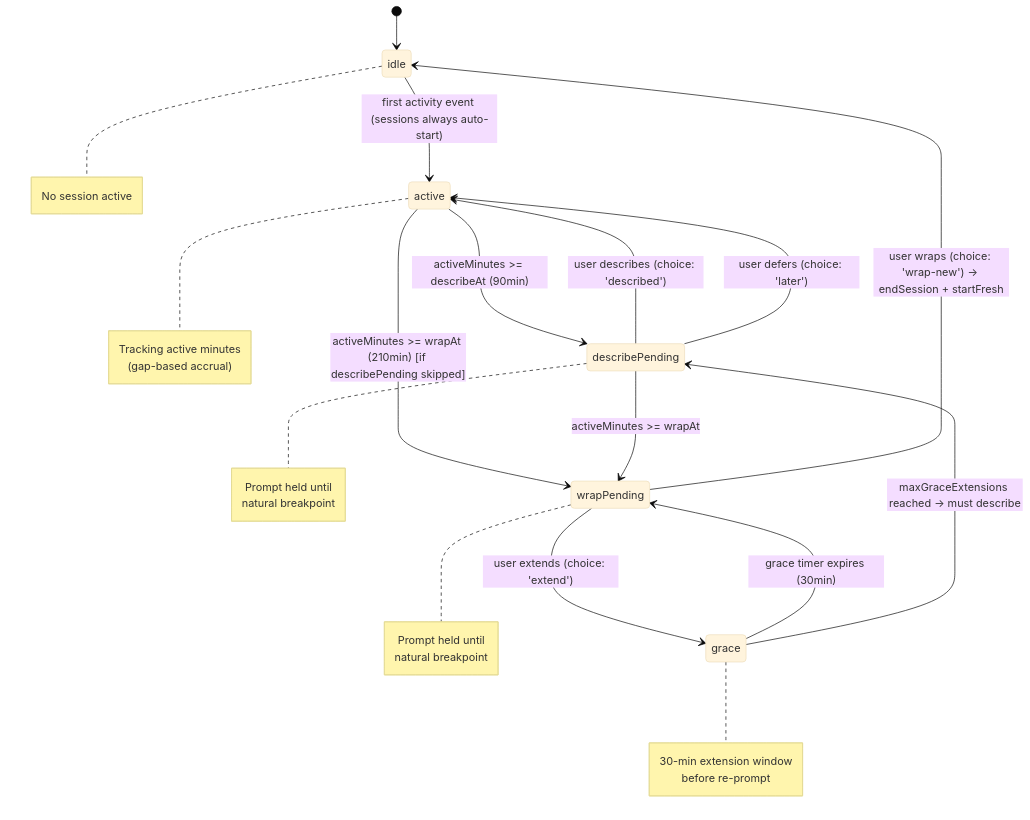
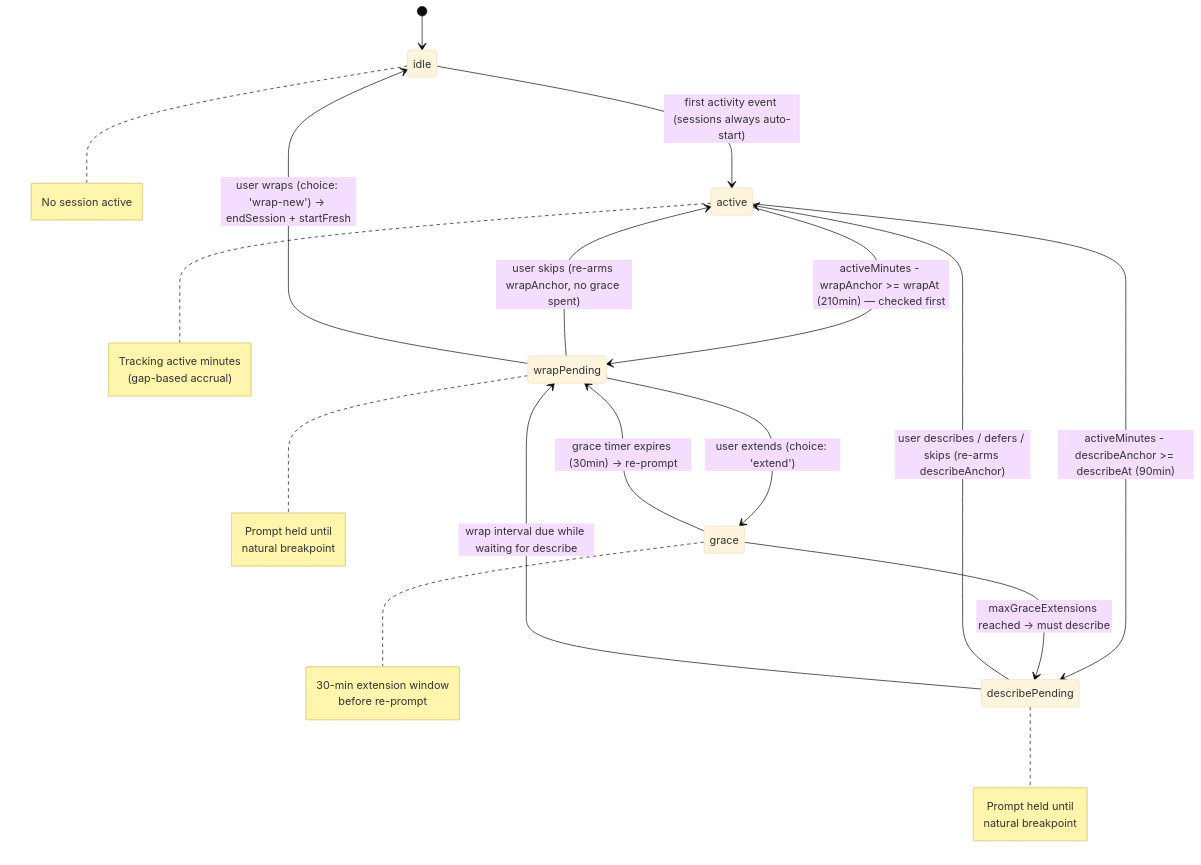
Before and after one commit to lawaty/lalog: the third of 7 diagrams in docs/architecture.md, drawn with Mermaid (base theme). The commit also changed other lines of this file and 10 other files, not shown here.

````diff
--- a/docs/architecture.md
+++ b/docs/architecture.md
@@ -199,25 +199,25 @@
 ```mermaid
 stateDiagram-v2
     [*] --> idle
 
     idle --> active : first activity event (sessions always auto-start)
 
-    active --> describePending : activeMinutes >= describeAt (90min)
-    active --> wrapPending : activeMinutes >= wrapAt (210min) [if describePending skipped]
+    active --> wrapPending : activeMinutes - wrapAnchor >= wrapAt (210min) — checked first
+    active --> describePending : activeMinutes - describeAnchor >= describeAt (90min)
 
-    describePending --> active : user describes (choice: 'described')
-    describePending --> active : user defers (choice: 'later')
-    describePending --> wrapPending : activeMinutes >= wrapAt
+    describePending --> active : user describes / defers / skips (re-arms describeAnchor)
+    describePending --> wrapPending : wrap interval due while waiting for describe
 
     wrapPending --> grace : user extends (choice: 'extend')
+    wrapPending --> active : user skips (re-arms wrapAnchor, no grace spent)
     wrapPending --> idle : user wraps (choice: 'wrap-new') → endSession + startFresh
 
-    grace --> wrapPending : grace timer expires (30min)
+    grace --> wrapPending : grace timer expires (30min) → re-prompt
     grace --> describePending : maxGraceExtensions reached → must describe
 
     note right of idle : No session active
     note right of active : Tracking active minutes<br/>(gap-based accrual)
     note right of describePending : Prompt held until<br/>natural breakpoint
     note right of wrapPending : Prompt held until<br/>natural breakpoint
     note right of grace : 30-min extension window<br/>before re-prompt
 ```
````
